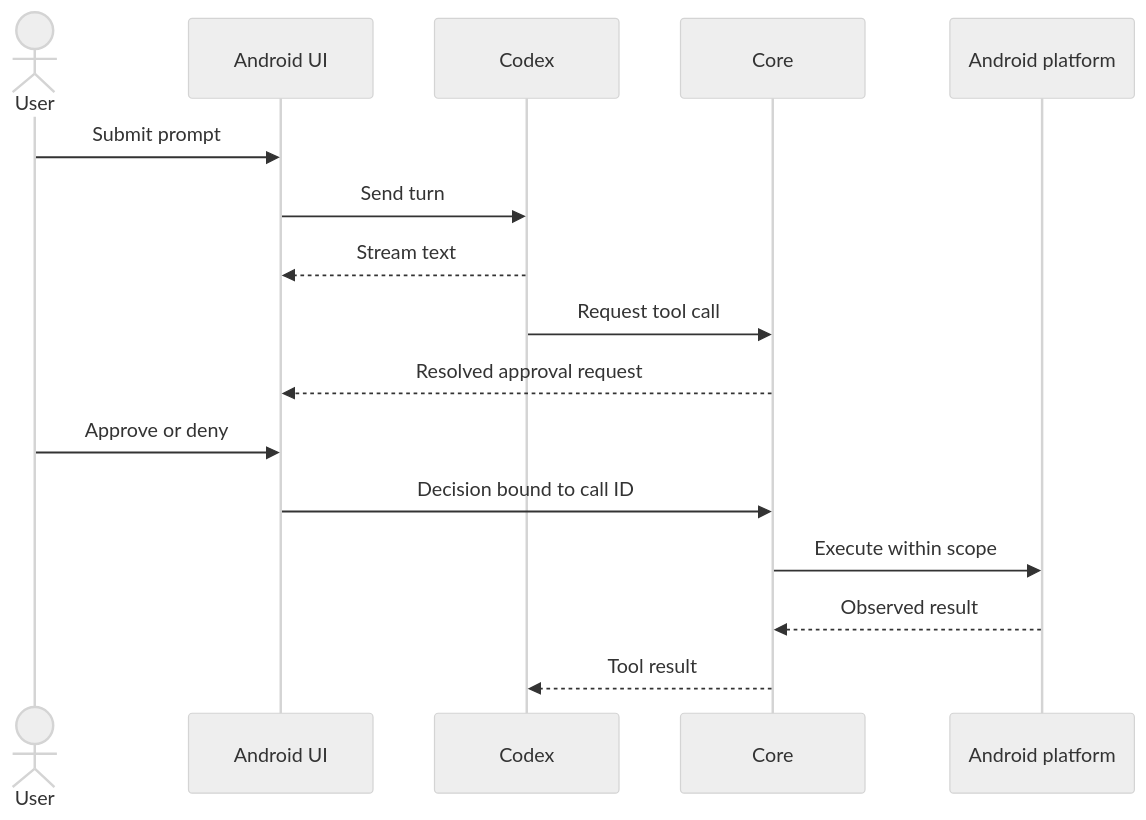
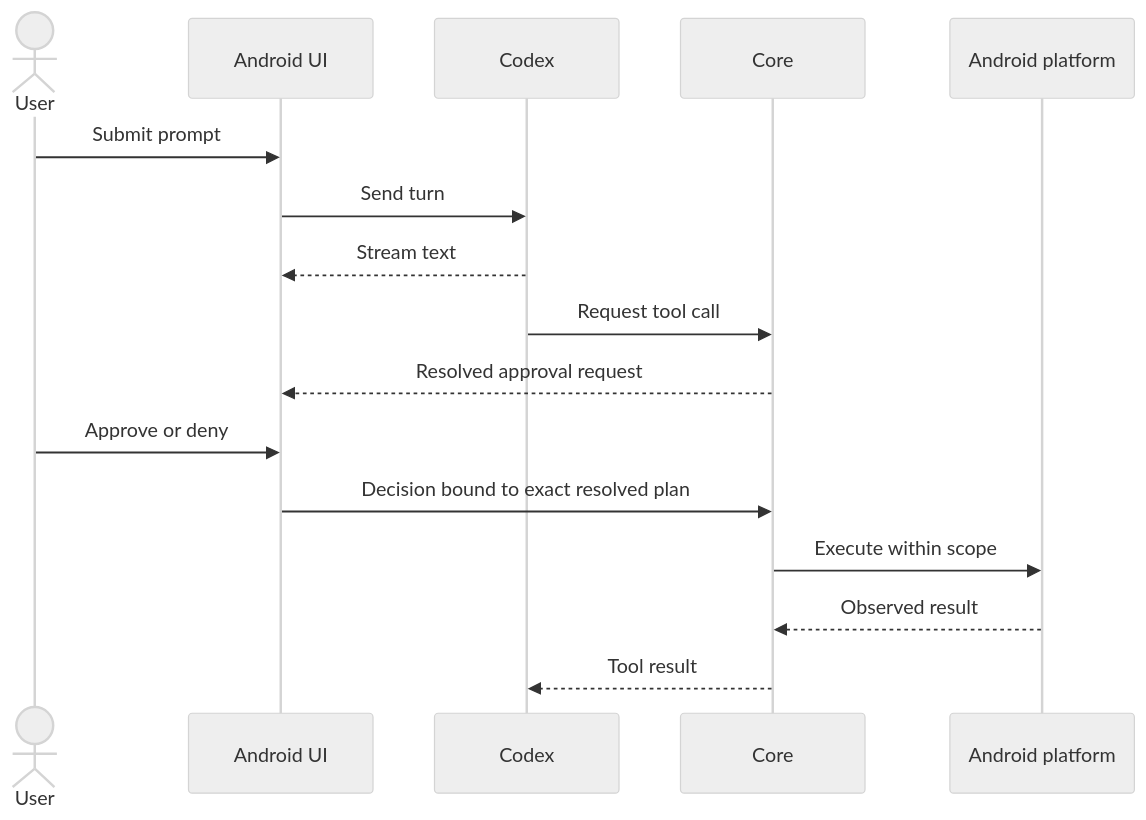
The second of 2 diagrams in docs/architecture.md (ciurlaro/codex-mobile), drawn with Mermaid (neutral theme) before and after one commit. The commit also changed other lines of this file and 19 other files, not shown here.

````diff
--- a/docs/architecture.md
+++ b/docs/architecture.md
@@ -27,19 +27,19 @@
 ```mermaid
 sequenceDiagram
     actor User
     participant UI as Android UI
     participant Agent as Codex
     participant Core
     participant Platform as Android platform
 
     User->>UI: Submit prompt
     UI->>Agent: Send turn
     Agent-->>UI: Stream text
     Agent->>Core: Request tool call
     Core-->>UI: Resolved approval request
     User->>UI: Approve or deny
-    UI->>Core: Decision bound to call ID
+    UI->>Core: Decision bound to exact resolved plan
     Core->>Platform: Execute within scope
     Platform-->>Core: Observed result
     Core-->>Agent: Tool result
 ```
````
